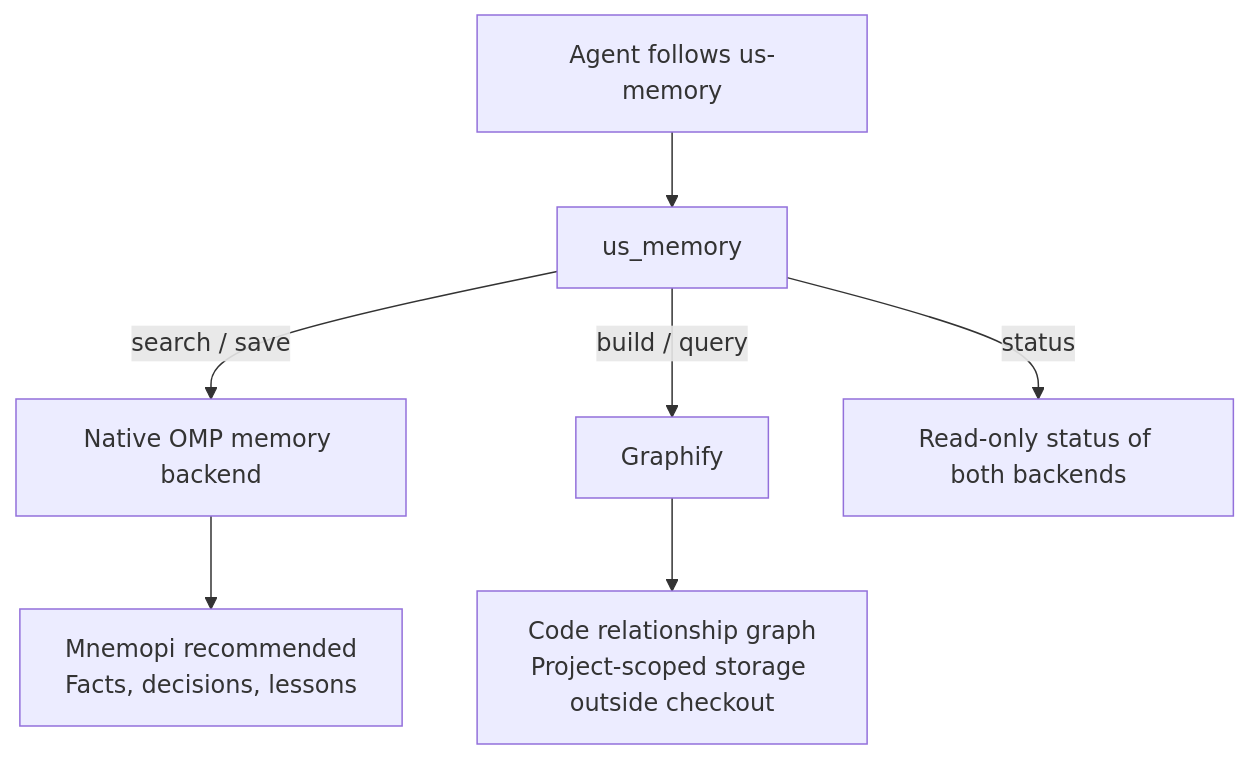
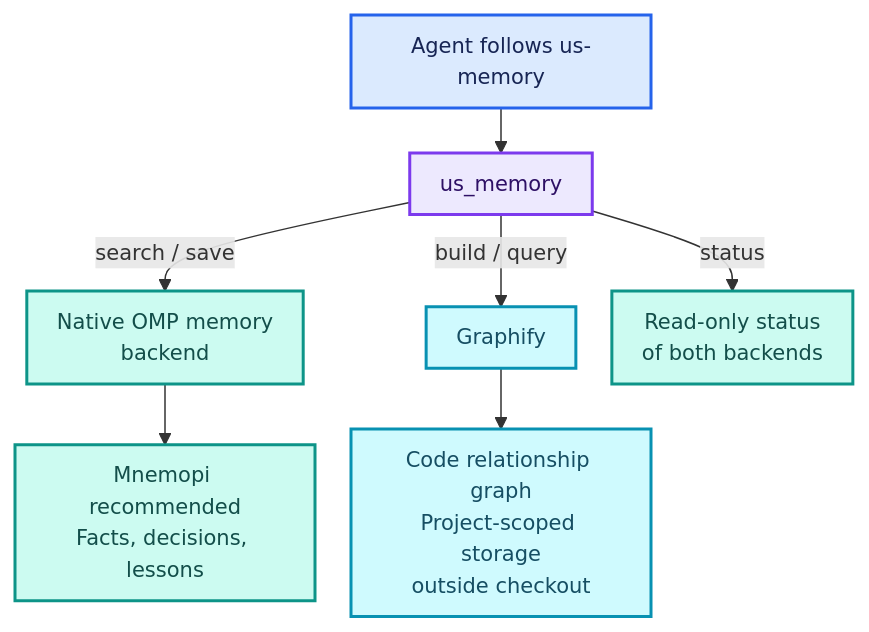
One commit to MSpiechowicz/harness-useful-skills changed the second of 2 diagrams in Readme.MD. Above: the diagram before and after it, drawn with Mermaid. The commit also changed other lines of this file, not shown here.

Commit message:
docs(readme): improve diagram styling and table layout

````diff
--- a/Readme.MD
+++ b/Readme.MD
@@ -171,9 +185,18 @@
 ```mermaid
 flowchart TD
+%%{init: {"flowchart":{"useMaxWidth":true,"nodeSpacing":24,"rankSpacing":30,"padding":10,"wrappingWidth":160},"themeVariables":{"fontSize":"14px"}}}%%
     agent["Agent follows us-memory"] --> tool["us_memory"]
-    tool -->|search / save| native["Native OMP memory backend"]
+    tool -->|search / save| native["Native OMP memory<br/>backend"]
     native --> facts["Mnemopi recommended<br/>Facts, decisions, lessons"]
     tool -->|build / query| graphify["Graphify"]
-    graphify --> code["Code relationship graph<br/>Project-scoped storage outside checkout"]
-    tool -->|status| status["Read-only status of both backends"]
+    graphify --> code["Code relationship graph<br/>Project-scoped storage<br/>outside checkout"]
+    tool -->|status| status["Read-only status<br/>of both backends"]
+    classDef blue fill:#dbeafe,stroke:#2563eb,color:#172554,stroke-width:2px;
+    classDef violet fill:#ede9fe,stroke:#7c3aed,color:#2e1065,stroke-width:2px;
+    classDef teal fill:#ccfbf1,stroke:#0d9488,color:#134e4a,stroke-width:2px;
+    classDef cyan fill:#cffafe,stroke:#0891b2,color:#164e63,stroke-width:2px;
+    class agent blue;
+    class tool violet;
+    class native,facts,status teal;
+    class graphify,code cyan;
 ```
````
